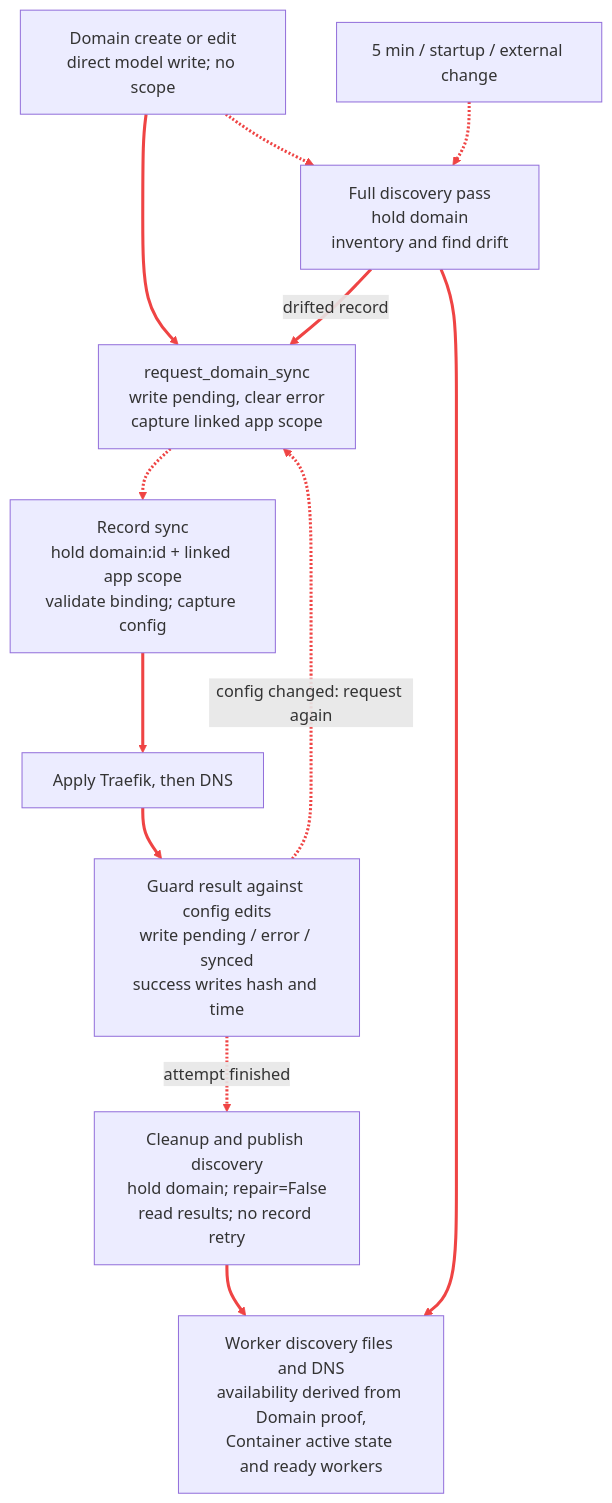
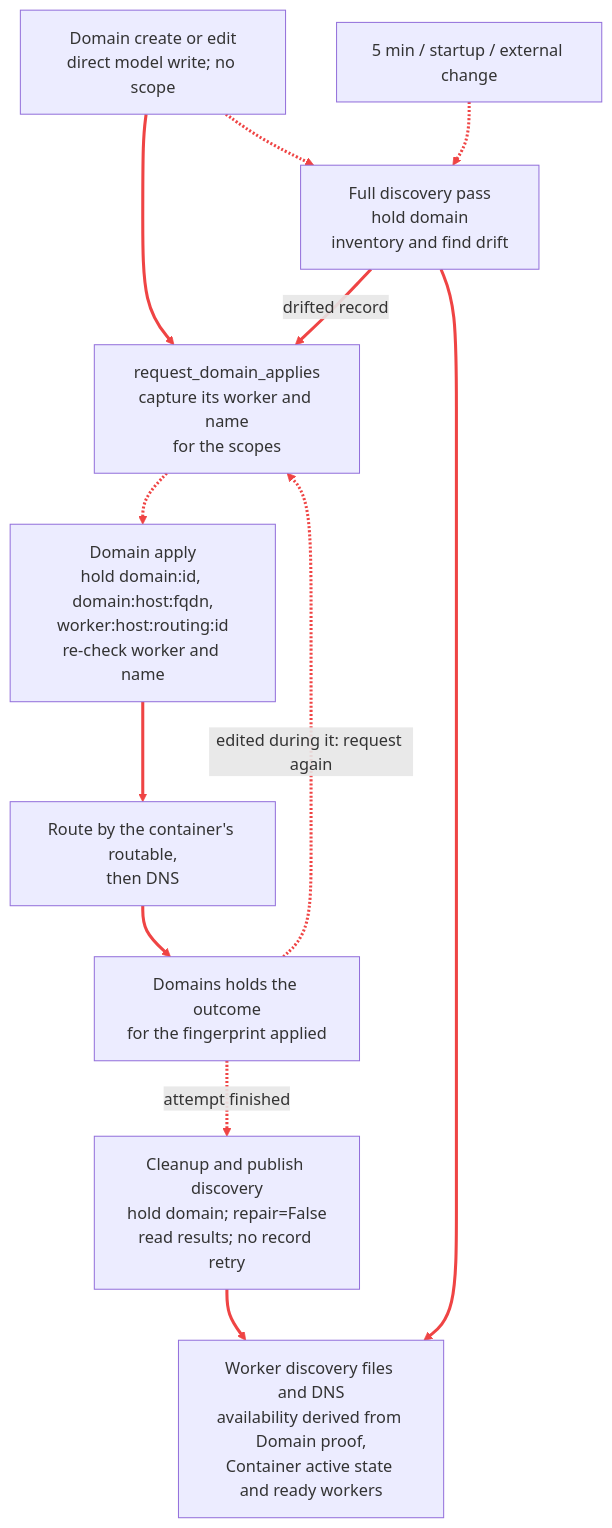
The second of 4 diagrams in docs/operations.md (v31-dev/sage), drawn with Mermaid before and after one commit. The commit also changed other lines of this file and 25 other files, not shown here.

````diff
--- a/docs/operations.md
+++ b/docs/operations.md
@@ -221,25 +222,25 @@
 ```mermaid
 %%{init: {"themeVariables": {"lineColor": "#ef4444"}, "themeCSS": ".marker { overflow: visible; } .arrowMarkerPath { stroke-width: 2px !important; } .edge-pattern-dotted { stroke-dasharray: 8 6 !important; }"}}%%
 flowchart TB
     edit["Domain create or edit<br/>direct model write; no scope"]
     trigger["5 min / startup / external change"]
-    request["request_domain_sync<br/>write pending, clear error<br/>capture linked app scope"]
+    request["request_domain_applies<br/>capture its worker and name<br/>for the scopes"]
     parent["Full discovery pass<br/>hold domain<br/>inventory and find drift"]
-    child["Record sync<br/>hold domain:id + linked app scope<br/>validate binding; capture config"]
-    apply["Apply Traefik, then DNS"]
-    result["Guard result against config edits<br/>write pending / error / synced<br/>success writes hash and time"]
+    child["Domain apply<br/>hold domain:id, domain:host:fqdn,<br/>worker:host:routing:id<br/>re-check worker and name"]
+    apply["Route by the container's routable,<br/>then DNS"]
+    result["Domains holds the outcome<br/>for the fingerprint applied"]
     publish["Cleanup and publish discovery<br/>hold domain; repair=False<br/>read results; no record retry"]
     output["Worker discovery files and DNS<br/>availability derived from Domain proof,<br/>Container active state and ready workers"]
 
     edit --> request
     edit -.-> parent
     trigger -.-> parent
     parent -->|"drifted record"| request
     request -.-> child
     child --> apply --> result
-    result -.->|"config changed: request again"| request
+    result -.->|"edited during it: request again"| request
     result -.->|"attempt finished"| publish
     parent --> output
     publish --> output
     linkStyle default stroke:#ef4444,stroke-width:3px
 ```
````
